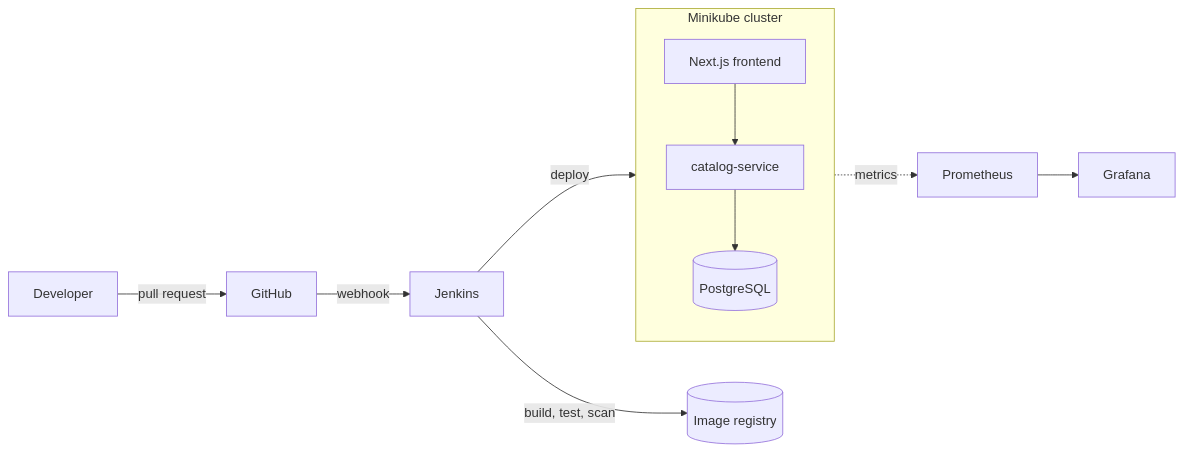
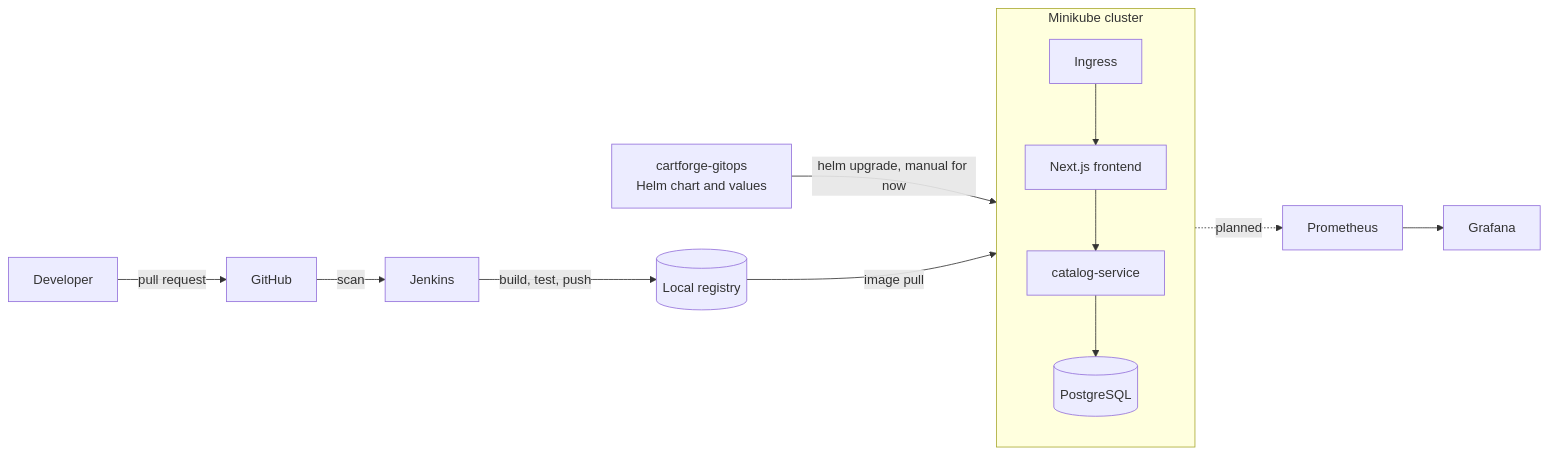
One commit to RedaQal/cartforge-app changed the diagram in README.md. Above: the diagram before and after it, drawn with Mermaid. The commit also changed other lines of this file and 4 other files, not shown here.

````diff
--- a/README.md
+++ b/README.md
@@ -19,12 +19,12 @@
 ```mermaid
 flowchart LR
     Dev[Developer] -->|pull request| GH[GitHub]
-    GH -->|webhook| J[Jenkins]
-    J -->|build, test, scan| R[(Image registry)]
-    J -->|deploy| K8s
+    GH -->|scan| J[Jenkins]
+    J -->|build, test, push| R[(Local registry)]
+    GO[cartforge-gitops<br/>Helm chart and values] -->|"helm upgrade, manual for now"| K8s
+    R -->|image pull| K8s
     subgraph K8s[Minikube cluster]
-        FE[Next.js frontend] --> CAT[catalog-service]
-        CAT --> DB[(PostgreSQL)]
+        ING[Ingress] --> FE[Next.js frontend] --> CAT[catalog-service] --> DB[(PostgreSQL)]
     end
-    K8s -.metrics.-> P[Prometheus] --> G[Grafana]
+    K8s -.planned.-> P[Prometheus] --> G[Grafana]
 ```
````
